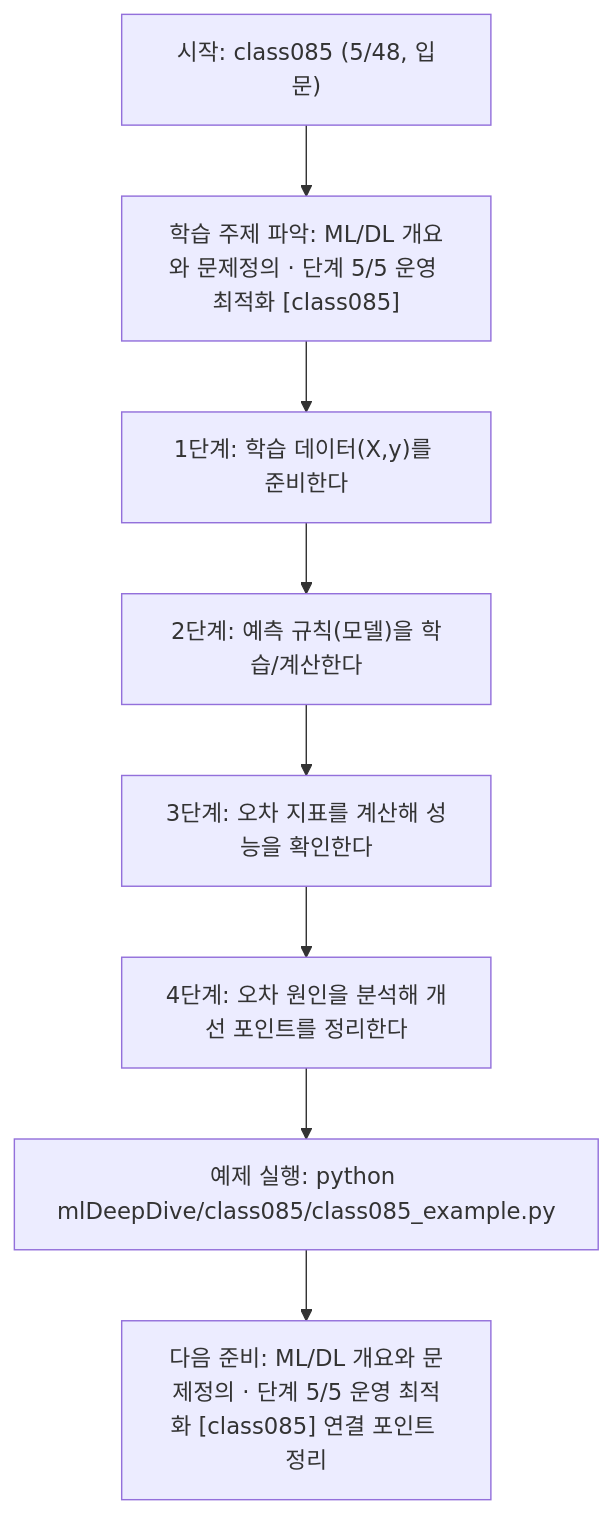
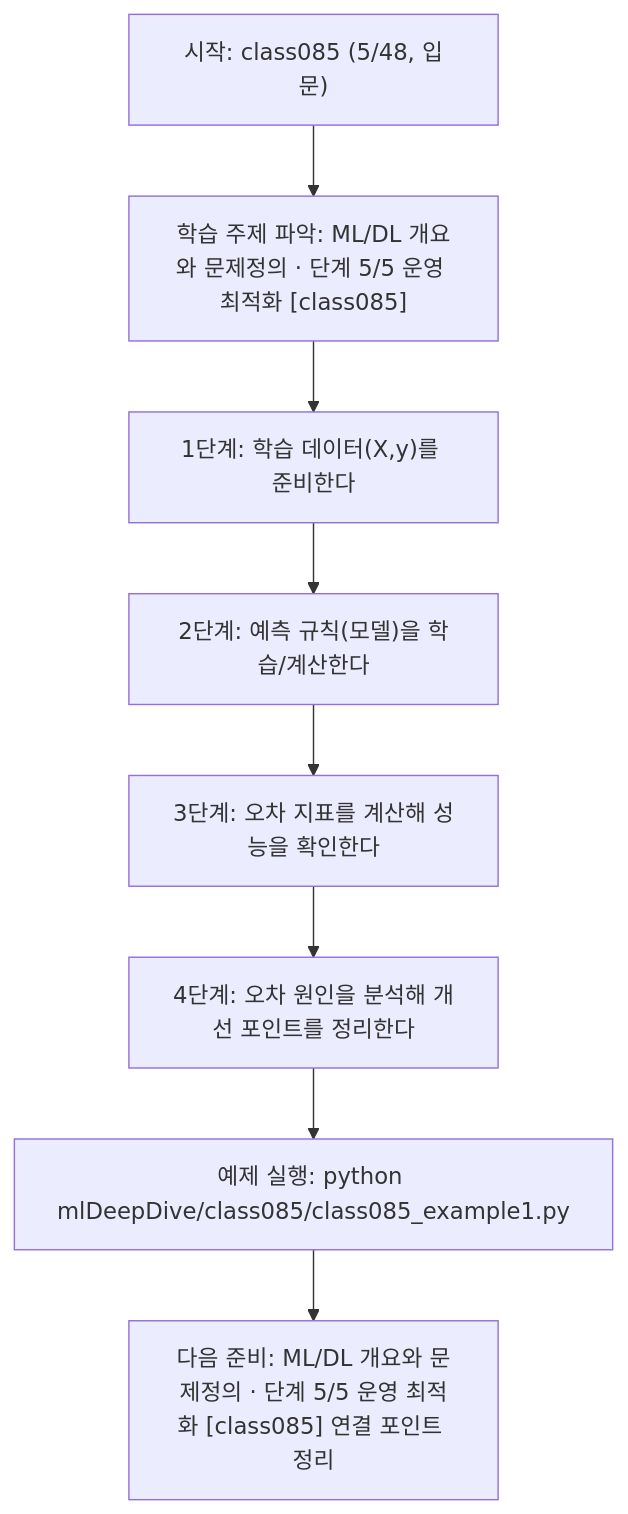
Before and after one commit to edumgt/Python-AI_Agent-Class: the diagram in mlDeepDive/class085/class085.md, drawn with Mermaid. The commit also changed other lines of this file and 2959 other files, not shown here.

````diff
--- a/mlDeepDive/class085/class085.md
+++ b/mlDeepDive/class085/class085.md
@@ -111,18 +111,18 @@
 ```mermaid
 flowchart TD
 N1["시작: class085 (5/48, 입문)"]
 N2["학습 주제 파악: ML/DL 개요와 문제정의 · 단계 5/5 운영 최적화 [class085]"]
 N3["1단계: 학습 데이터(X,y)를 준비한다"]
 N4["2단계: 예측 규칙(모델)을 학습/계산한다"]
 N5["3단계: 오차 지표를 계산해 성능을 확인한다"]
 N6["4단계: 오차 원인을 분석해 개선 포인트를 정리한다"]
-N7["예제 실행: python mlDeepDive/class085/class085_example.py"]
+N7["예제 실행: python mlDeepDive/class085/class085_example1.py"]
 N8["다음 준비: ML/DL 개요와 문제정의 · 단계 5/5 운영 최적화 [class085] 연결 포인트 정리"]
 N1 --> N2
 N2 --> N3
 N3 --> N4
 N4 --> N5
 N5 --> N6
 N6 --> N7
 N7 --> N8
 ```
````
